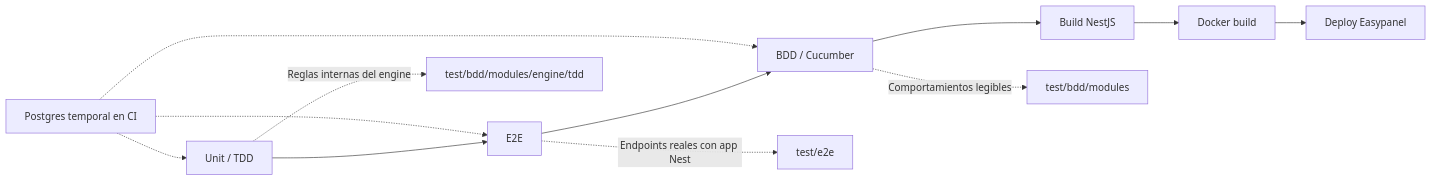
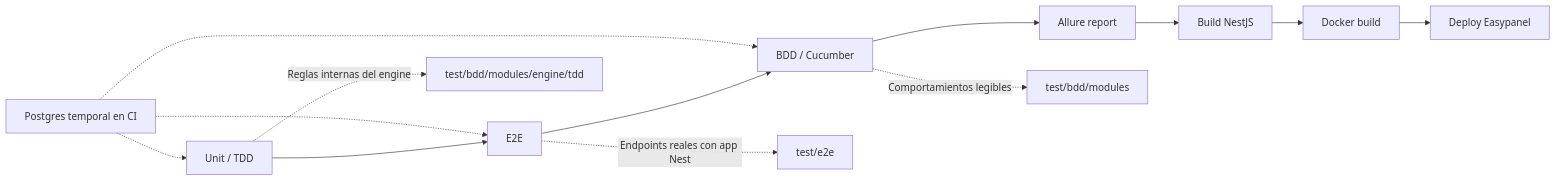
The second of 2 diagrams in docs/github-actions-flow.md (icpna-agent/engine), drawn with Mermaid before and after one commit. The commit also changed other lines of this file and 9 other files, not shown here.

````diff
--- a/docs/github-actions-flow.md
+++ b/docs/github-actions-flow.md
@@ -50,15 +52,16 @@
 ```mermaid
 flowchart LR
   A["Unit / TDD"] --> B["E2E"]
   B --> C["BDD / Cucumber"]
-  C --> D["Build NestJS"]
-  D --> E["Docker build"]
-  E --> F["Deploy Easypanel"]
+  C --> D["Allure report"]
+  D --> E["Build NestJS"]
+  E --> F["Docker build"]
+  F --> H["Deploy Easypanel"]
 
   G["Postgres temporal en CI"] -.-> A
   G -.-> B
   G -.-> C
   A -.->|"Reglas internas del engine"| A1["test/bdd/modules/engine/tdd"]
   B -.->|"Endpoints reales con app Nest"| B1["test/e2e"]
   C -.->|"Comportamientos legibles"| C1["test/bdd/modules"]
 ```
````
